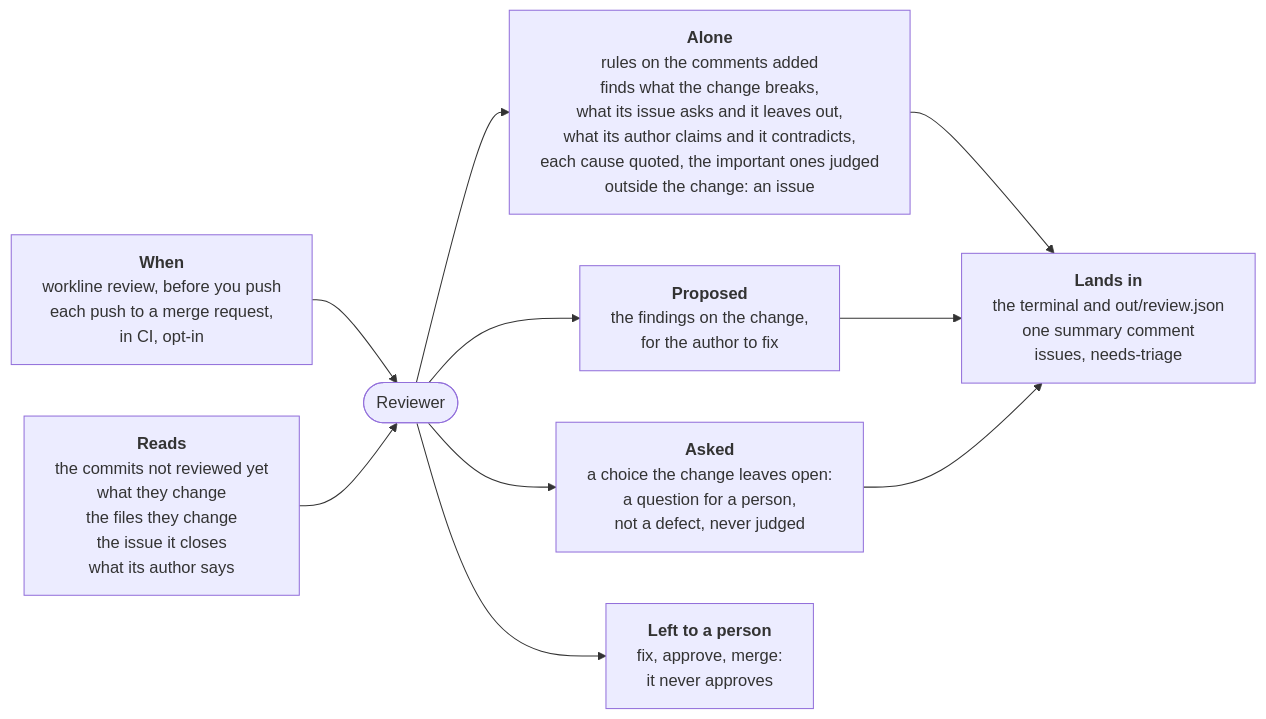
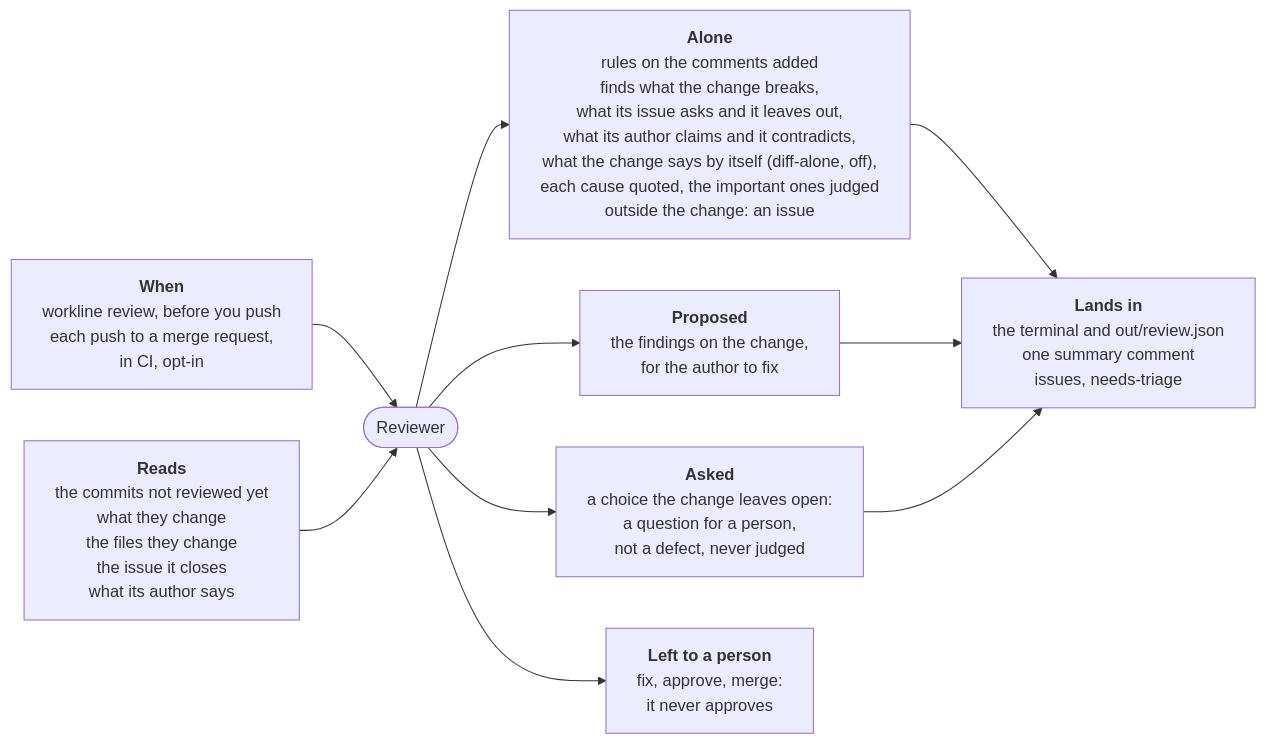
Before and after one commit to JN0V/workline: the diagram in roles/reviewer/README.md, drawn with Mermaid. The commit also changed other lines of this file and 30 other files, not shown here.

Commit message:
feat(reviewer): a facet given the change alone, measured and left off (#242)

````diff
--- a/roles/reviewer/README.md
+++ b/roles/reviewer/README.md
@@ -8,18 +8,18 @@
 ```mermaid
 %%{init: {"flowchart": {"wrappingWidth": 400}}}%%
 flowchart LR
   when["<b>When</b><br/>workline review, before you push<br/>each push to a merge request,<br/>in CI, opt-in"]
   reads["<b>Reads</b><br/>the commits not reviewed yet<br/>what they change<br/>the files they change<br/>the issue it closes<br/>what its author says"]
   role(["Reviewer"])
-  alone["<b>Alone</b><br/>rules on the comments added<br/>finds what the change breaks,<br/>what its issue asks and it leaves out,<br/>what its author claims and it contradicts,<br/>each cause quoted, the important ones judged<br/>outside the change: an issue"]
+  alone["<b>Alone</b><br/>rules on the comments added<br/>finds what the change breaks,<br/>what its issue asks and it leaves out,<br/>what its author claims and it contradicts,<br/>what the change says by itself (diff-alone, off),<br/>each cause quoted, the important ones judged<br/>outside the change: an issue"]
   proposed["<b>Proposed</b><br/>the findings on the change,<br/>for the author to fix"]
   asked["<b>Asked</b><br/>a choice the change leaves open:<br/>a question for a person,<br/>not a defect, never judged"]
   person["<b>Left to a person</b><br/>fix, approve, merge:<br/>it never approves"]
   out["<b>Lands in</b><br/>the terminal and out/review.json<br/>one summary comment<br/>issues, needs-triage"]
   when --> role
   reads --> role
   role --> alone --> out
   role --> proposed --> out
   role --> asked --> out
   role --> person
 ```
````
